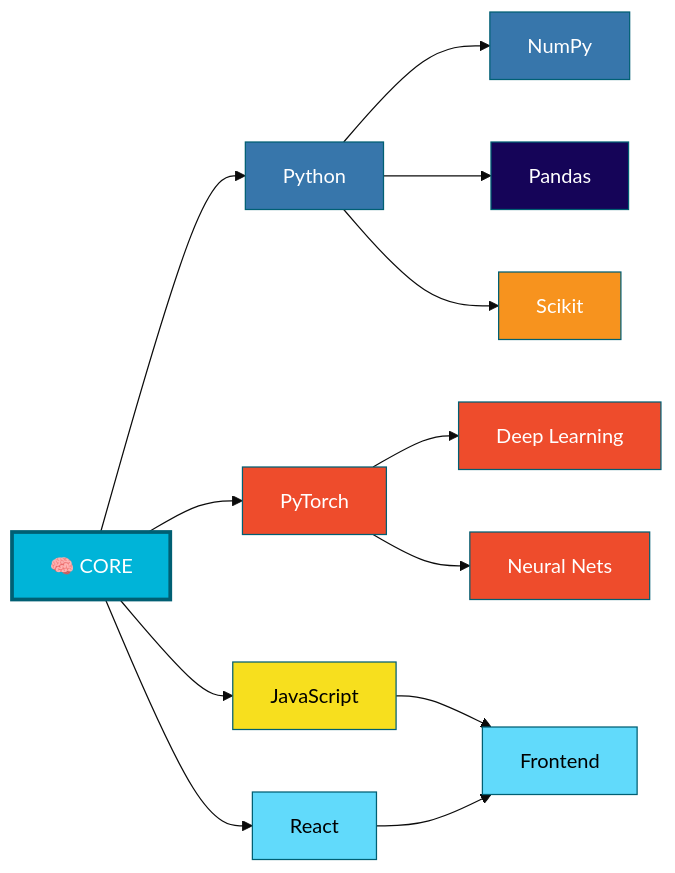
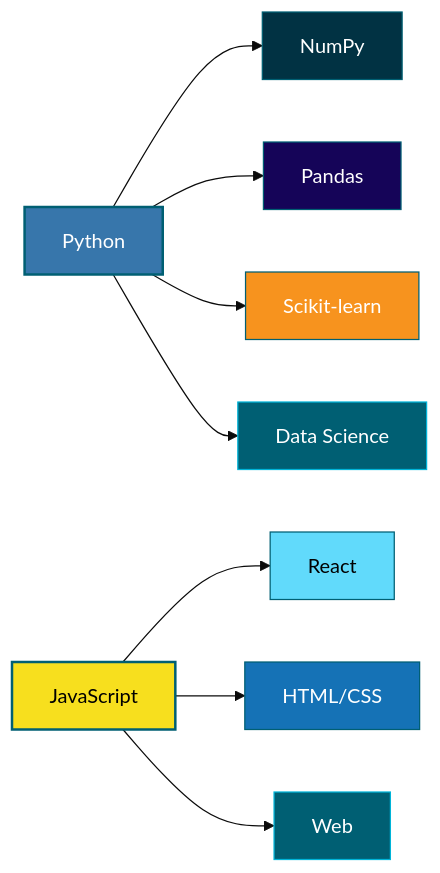
One commit to Thedarkiin/Thedarkiin changed the diagram in README.md. Above: the diagram before and after it, drawn with Mermaid (base theme). The commit also changed other lines of this file, not shown here.

````diff
--- a/README.md
+++ b/README.md
@@ -14,29 +14,21 @@
 ```mermaid
 graph LR
-    A["🧠 CORE"] --> B["Python"]
-    A --> C["PyTorch"]
-    A --> D["JavaScript"]
-    A --> E["React"]
+    A["Python"] --> B["NumPy"]
+    A --> C["Pandas"]
+    A --> D["Scikit-learn"]
+    A --> E["Data Science"]
     
-    B --> F["NumPy"]
-    B --> G["Pandas"]
-    B --> H["Scikit"]
+    F["JavaScript"] --> G["React"]
+    F --> H["HTML/CSS"]
+    F --> I["Web"]
     
-    C --> I["Deep Learning"]
-    C --> J["Neural Nets"]
-    
-    D --> K["Frontend"]
-    E --> K
-    
-    style A fill:#00B4D8,stroke:#005f73,color:#fff,stroke-width:3px
-    style F fill:#3776AB,stroke:#005f73,color:#fff
-    style G fill:#150458,stroke:#005f73,color:#fff
-    style H fill:#F7931E,stroke:#005f73,color:#fff
-    style I fill:#EE4C2C,stroke:#005f73,color:#fff
-    style J fill:#EE4C2C,stroke:#005f73,color:#fff
-    style K fill:#61DAFB,stroke:#005f73,color:#000
-    style B fill:#3776AB,stroke:#005f73,color:#fff
-    style C fill:#EE4C2C,stroke:#005f73,color:#fff
-    style D fill:#F7DF1E,stroke:#005f73,color:#000
-    style E fill:#61DAFB,stroke:#005f73,color:#000
+    style A fill:#3776AB,stroke:#005f73,color:#fff,stroke-width:2px
+    style B fill:#013243,stroke:#005f73,color:#fff
+    style C fill:#150458,stroke:#005f73,color:#fff
+    style D fill:#F7931E,stroke:#005f73,color:#fff
+    style E fill:#005f73,stroke:#00B4D8,color:#fff
+    style F fill:#F7DF1E,stroke:#005f73,color:#000,stroke-width:2px
+    style G fill:#61DAFB,stroke:#005f73,color:#000
+    style H fill:#1572B6,stroke:#005f73,color:#fff
+    style I fill:#005f73,stroke:#00B4D8,color:#fff
 ```
````
